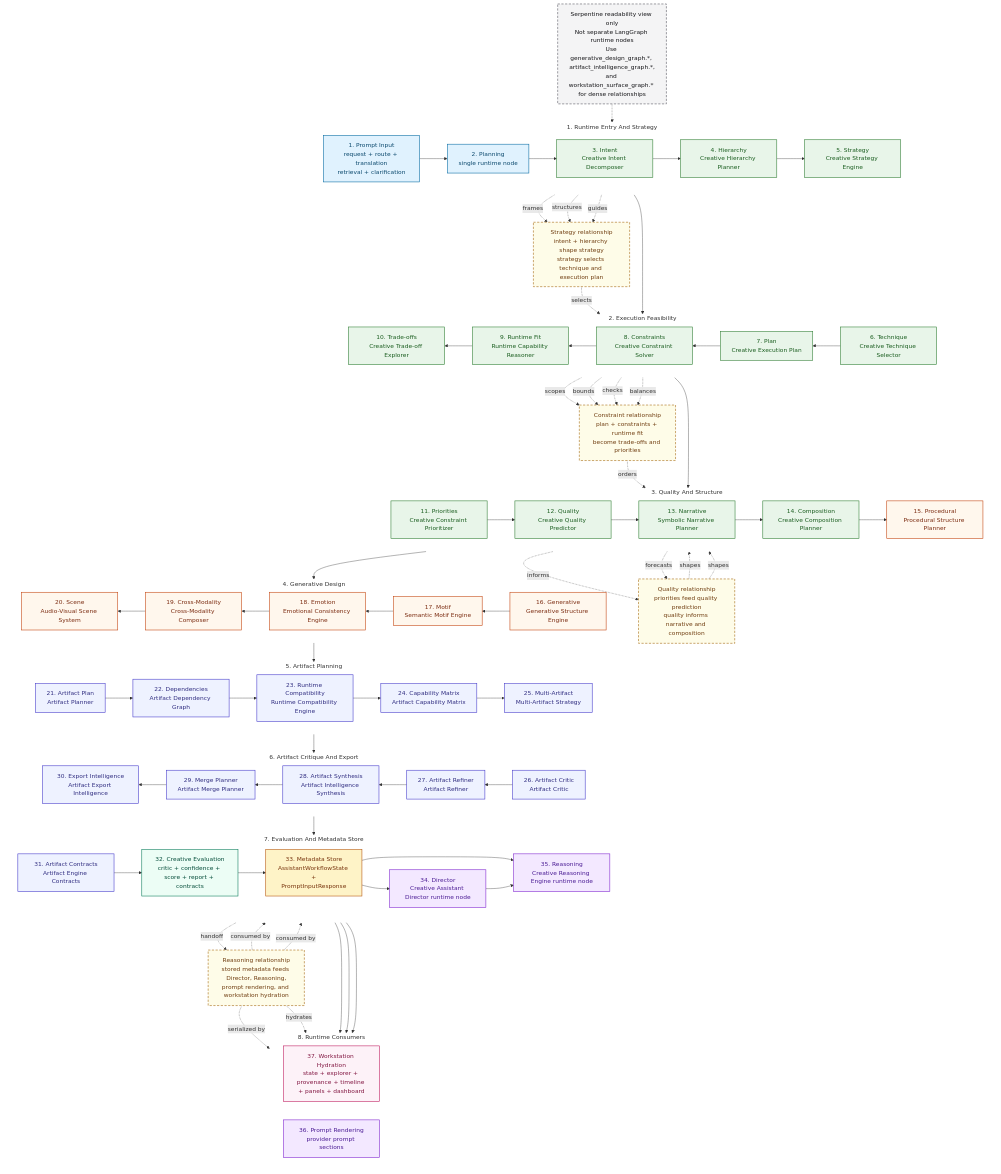
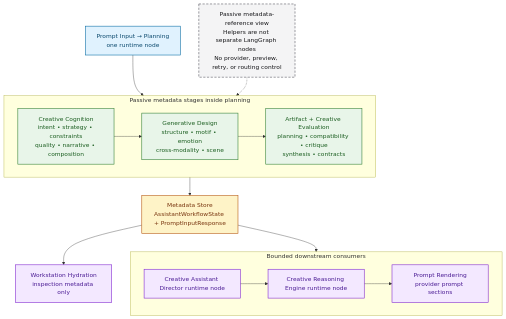
Before and after one commit to lmguerrini/creative-coding-assistant: the diagram in architecture/creative_intelligence_graph.md, drawn with Mermaid. The commit also changed other lines of this file and 39 other files, not shown here.

First line of the commit message:
Clarify the current system architecture

````diff
--- a/architecture/creative_intelligence_graph.md
+++ b/architecture/creative_intelligence_graph.md
@@ -50,129 +55,41 @@
 ```mermaid
 flowchart TB
     classDef runtime fill:#E0F2FE,stroke:#0369A1,color:#0C4A6E,stroke-width:1.5px;
-    classDef cognition fill:#E8F5E9,stroke:#2E7D32,color:#1B5E20,stroke-width:1.5px;
-    classDef design fill:#FFF7ED,stroke:#C2410C,color:#7C2D12,stroke-width:1.5px;
-    classDef artifact fill:#EEF2FF,stroke:#4338CA,color:#312E81,stroke-width:1.5px;
-    classDef evaluation fill:#ECFDF5,stroke:#047857,color:#064E3B,stroke-width:1.5px;
+    classDef metadata fill:#E8F5E9,stroke:#2E7D32,color:#1B5E20,stroke-width:1.5px;
     classDef store fill:#FEF3C7,stroke:#B45309,color:#78350F,stroke-width:1.5px;
     classDef consumer fill:#F3E8FF,stroke:#7E22CE,color:#4C1D95,stroke-width:1.5px;
-    classDef workstation fill:#FDF2F8,stroke:#BE185D,color:#831843,stroke-width:1.5px;
     classDef note fill:#F4F4F5,stroke:#52525B,color:#18181B,stroke-width:1.5px,stroke-dasharray: 6 4;
-    classDef relationship fill:#FEFCE8,stroke:#A16207,color:#713F12,stroke-width:1.5px,stroke-dasharray: 6 4;
 
-    subgraph row_1["1. Runtime Entry And Strategy"]
+    entry["Prompt Input → Planning<br/>one runtime node"]:::runtime
+
+    subgraph passive_stages["Passive metadata stages inside planning"]
         direction LR
-        prompt_input["1. Prompt Input<br/>request + route + translation<br/>retrieval + clarification"]:::runtime
-        planning["2. Planning<br/>single runtime node"]:::runtime
-        intent["3. Intent<br/>Creative Intent Decomposer"]:::cognition
-        hierarchy["4. Hierarchy<br/>Creative Hierarchy Planner"]:::cognition
-        strategy["5. Strategy<br/>Creative Strategy Engine"]:::cognition
+        cognition["Creative Cognition<br/>intent • strategy • constraints<br/>quality • narrative • composition"]:::metadata
+        design["Generative Design<br/>structure • motif • emotion<br/>cross-modality • scene"]:::metadata
+        artifact_eval["Artifact + Creative Evaluation<br/>planning • compatibility • critique<br/>synthesis • contracts"]:::metadata
     end
 
-    subgraph row_2["2. Execution Feasibility"]
-        direction RL
-        techniques["6. Technique<br/>Creative Technique Selector"]:::cognition
-        plan["7. Plan<br/>Creative Execution Plan"]:::cognition
-        constraints["8. Constraints<br/>Creative Constraint Solver"]:::cognition
-        runtime_reasoner["9. Runtime Fit<br/>Runtime Capability Reasoner"]:::cognition
-        tradeoffs["10. Trade-offs<br/>Creative Trade-off Explorer"]:::cognition
+    metadata_store["Metadata Store<br/>AssistantWorkflowState + PromptInputResponse"]:::store
+
+    subgraph consumers["Bounded downstream consumers"]
+        direction LR
+        director["Creative Assistant Director runtime node"]:::consumer
+        reasoning["Creative Reasoning Engine runtime node"]:::consumer
+        prompt_rendering["Prompt Rendering<br/>provider prompt sections"]:::consumer
     end
 
-    subgraph row_3["3. Quality And Structure"]
-        direction LR
-        priorities["11. Priorities<br/>Creative Constraint Prioritizer"]:::cognition
-        quality["12. Quality<br/>Creative Quality Predictor"]:::cognition
-        narrative["13. Narrative<br/>Symbolic Narrative Planner"]:::cognition
-        composition["14. Composition<br/>Creative Composition Planner"]:::cognition
-        procedural["15. Procedural<br/>Procedural Structure Planner"]:::design
-    end
+    workstation["Workstation Hydration<br/>inspection metadata only"]:::consumer
+    note["Passive metadata-reference view<br/>Helpers are not separate LangGraph nodes<br/>No provider, preview, retry, or routing control"]:::note
 
-    subgraph row_4["4. Generative Design"]
-        direction RL
-        generative["16. Generative<br/>Generative Structure Engine"]:::design
-        motif["17. Motif<br/>Semantic Motif Engine"]:::design
-        emotion["18. Emotion<br/>Emotional Consistency Engine"]:::design
-        cross["19. Cross-Modality<br/>Cross-Modality Composer"]:::design
-        scene["20. Scene<br/>Audio-Visual Scene System"]:::design
-    end
+    entry --> cognition --> design --> artifact_eval --> metadata_store
+    metadata_store --> director --> reasoning --> prompt_rendering
+    metadata_store --> workstation
+    note -.-> passive_stages
 
-    subgraph row_5["5. Artifact Planning"]
-        direction LR
-        artifact_plan["21. Artifact Plan<br/>Artifact Planner"]:::artifact
-        dependency["22. Dependencies<br/>Artifact Dependency Graph"]:::artifact
-        compatibility["23. Runtime Compatibility<br/>Runtime Compatibility Engine"]:::artifact
-        capability["24. Capability Matrix<br/>Artifact Capability Matrix"]:::artifact
-        artifact_strategy["25. Multi-Artifact<br/>Multi-Artifact Strategy"]:::artifact
-    end
-
-    subgraph row_6["6. Artifact Critique And Export"]
-        direction RL
-        artifact_critic["26. Artifact Critic<br/>Artifact Critic"]:::artifact
-        artifact_refiner["27. Artifact Refiner<br/>Artifact Refiner"]:::artifact
-        artifact_synthesis["28. Artifact Synthesis<br/>Artifact Intelligence Synthesis"]:::artifact
-        merge_planner["29. Merge Planner<br/>Artifact Merge Planner"]:::artifact
-        export_intelligence["30. Export Intelligence<br/>Artifact Export Intelligence"]:::artifact
-    end
-
-    subgraph row_7["7. Evaluation And Metadata Store"]
-        direction LR
-        contracts["31. Artifact Contracts<br/>Artifact Engine Contracts"]:::artifact
-        evaluation["32. Creative Evaluation<br/>critic + confidence + score + report + contracts"]:::evaluation
-        metadata_store["33. Metadata Store<br/>AssistantWorkflowState +<br/>PromptInputResponse"]:::store
-        director["34. Director<br/>Creative Assistant Director runtime node"]:::consumer
-        reasoning["35. Reasoning<br/>Creative Reasoning Engine runtime node"]:::consumer
-    end
-
-    subgraph row_8["8. Runtime Consumers"]
-        direction RL
-        workstation["37. Workstation Hydration<br/>state + explorer + provenance + timeline + panels + dashboard"]:::workstation
-        prompt_rendering["36. Prompt Rendering<br/>provider prompt sections"]:::consumer
-    end
-
-    note["Serpentine readability view only<br/>Not separate LangGraph runtime nodes<br/>Use generative_design_graph.*, artifact_intelligence_graph.*,<br/>and workstation_surface_graph.* for dense relationships"]:::note
-    strategy_boundary["Strategy relationship<br/>intent + hierarchy shape strategy<br/>strategy selects technique and execution plan"]:::relationship
-    constraint_boundary["Constraint relationship<br/>plan + constraints + runtime fit<br/>become trade-offs and priorities"]:::relationship
-    quality_boundary["Quality relationship<br/>priorities feed quality prediction<br/>quality informs narrative and composition"]:::relationship
-    reasoning_boundary["Reasoning relationship<br/>stored metadata feeds Director, Reasoning,<br/>prompt rendering, and workstation hydration"]:::relationship
-
-    prompt_input --> planning --> intent --> hierarchy --> strategy
-    strategy --> techniques --> plan --> constraints --> runtime_reasoner --> tradeoffs
-    tradeoffs --> priorities --> quality --> narrative --> composition --> procedural
-    procedural --> generative --> motif --> emotion --> cross --> scene
-    scene --> artifact_plan --> dependency --> compatibility --> capability --> artifact_strategy
-    artifact_strategy --> artifact_critic --> artifact_refiner --> artifact_synthesis --> merge_planner --> export_intelligence
-    export_intelligence --> contracts --> evaluation --> metadata_store
-    metadata_store --> director
-    metadata_store --> reasoning
-    metadata_store --> prompt_rendering
-    metadata_store --> workstation
-    director --> reasoning --> prompt_rendering
-    note -.-> planning
-    intent -. frames .-> strategy_boundary
-    hierarchy -. structures .-> strategy_boundary
-    strategy -. guides .-> strategy_boundary
-    strategy_boundary -. selects .-> techniques
-    plan -. scopes .-> constraint_boundary
-    constraints -. bounds .-> constraint_boundary
-    runtime_reasoner -. checks .-> constraint_boundary
-    tradeoffs -. balances .-> constraint_boundary
-    constraint_boundary -. orders .-> priorities
-    priorities -. informs .-> quality_boundary
-    quality -. forecasts .-> quality_boundary
-    quality_boundary -. shapes .-> narrative
-    quality_boundary -. shapes .-> composition
-    metadata_store -. handoff .-> reasoning_boundary
-    reasoning_boundary -. consumed by .-> director
-    reasoning_boundary -. consumed by .-> reasoning
-    reasoning_boundary -. serialized by .-> prompt_rendering
-    reasoning_boundary -. hydrates .-> workstation
-
-    style row_1 fill:none,stroke:none
-    style row_2 fill:none,stroke:none
-    style row_3 fill:none,stroke:none
-    style row_4 fill:none,stroke:none
-    style row_5 fill:none,stroke:none
-    style row_6 fill:none,stroke:none
-    style row_7 fill:none,stroke:none
-    style row_8 fill:none,stroke:none
+    %% Test/reference inventory: Creative Intent Decomposer; Creative Hierarchy Planner; Creative Strategy Engine; Creative Technique Selector
+    %% Test/reference inventory: Creative Execution Plan; Creative Constraint Solver; Runtime Capability Reasoner; Creative Trade-off Explorer
+    %% Test/reference inventory: Creative Constraint Prioritizer; Creative Quality Predictor; Symbolic Narrative Planner; Creative Composition Planner
+    %% Test/reference inventory: Procedural Structure Planner; Generative Structure Engine; Semantic Motif Engine
+    %% Test/reference inventory: Emotional Consistency Engine; Cross-Modality Composer; Audio-Visual Scene System
+    %% Legacy docs-alignment marker: direction RL
 ```
````
